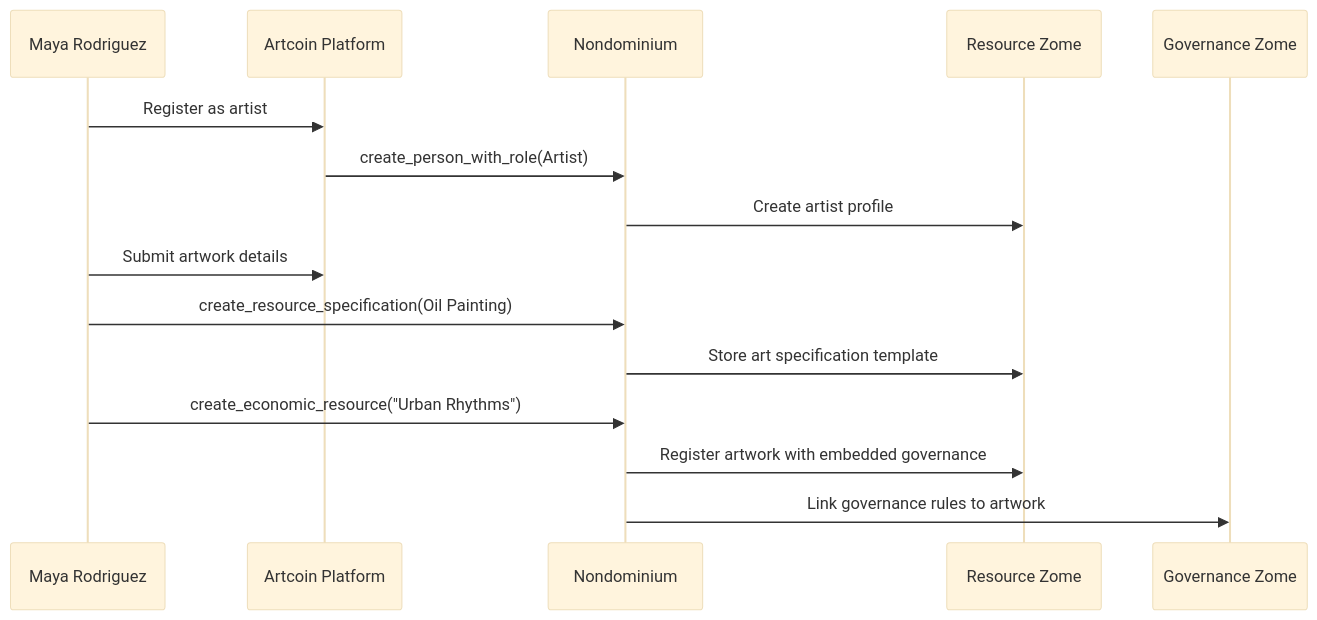
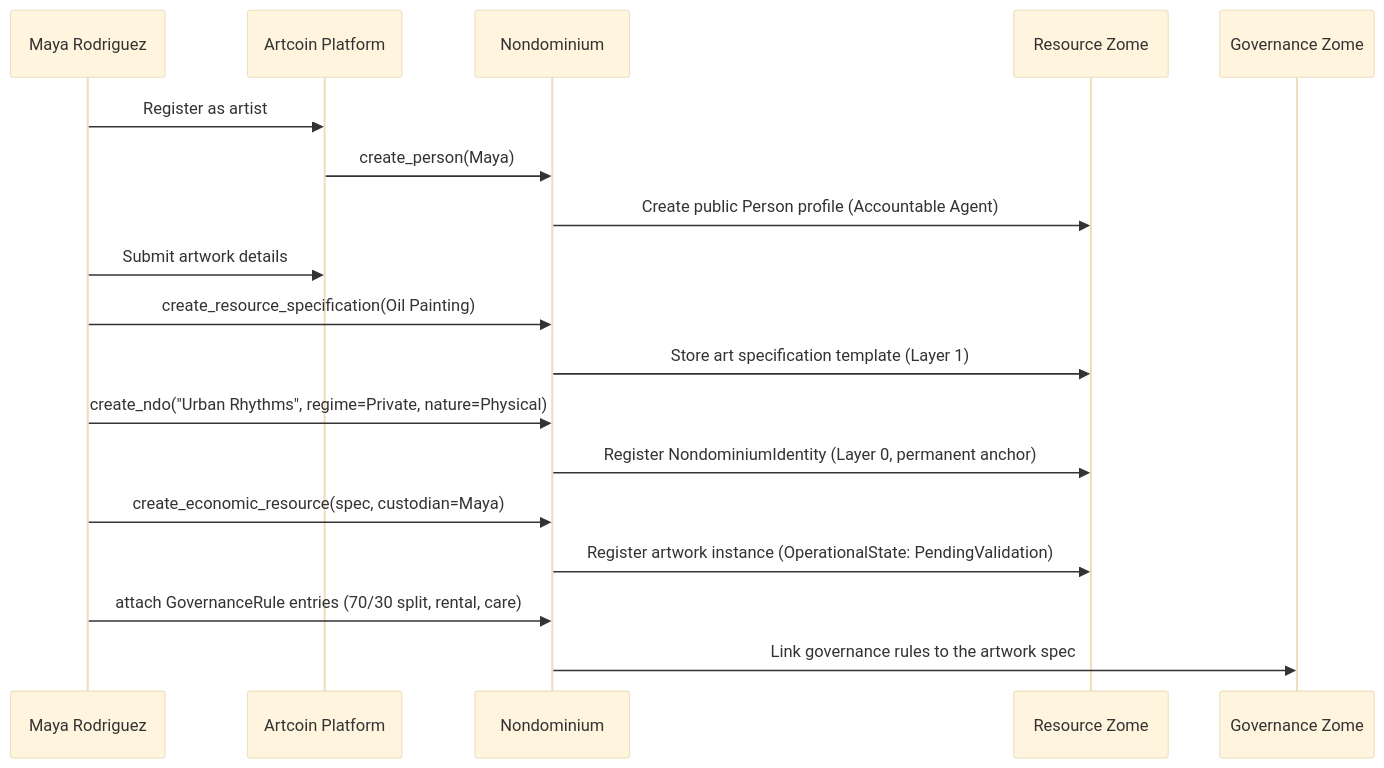
One commit to Sensorica/nondominium changed the third of 12 diagrams in documentation/Applications/user-story/user-story-artcoin.md. Above: the diagram before and after it, drawn with Mermaid (base theme). The commit also changed other lines of this file and 99 other files, not shown here.

````diff
--- a/documentation/Applications/user-story/user-story-artcoin.md
+++ b/documentation/Applications/user-story/user-story-artcoin.md
@@ -101,20 +137,23 @@
 ```mermaid
 sequenceDiagram
     participant Maya as Maya Rodriguez
     participant Artcoin as Artcoin Platform
     participant ND as Nondominium
     participant Res as Resource Zome
     participant Gov as Governance Zome
 
     Maya->>Artcoin: Register as artist
-    Artcoin->>ND: create_person_with_role(Artist)
-    ND->>Res: Create artist profile
+    Artcoin->>ND: create_person(Maya)
+    ND->>Res: Create public Person profile (Accountable Agent)
 
     Maya->>Artcoin: Submit artwork details
     Maya->>ND: create_resource_specification(Oil Painting)
-    ND->>Res: Store art specification template
+    ND->>Res: Store art specification template (Layer 1)
 
-    Maya->>ND: create_economic_resource("Urban Rhythms")
-    ND->>Res: Register artwork with embedded governance
-    ND->>Gov: Link governance rules to artwork
+    Maya->>ND: create_ndo("Urban Rhythms", regime=Private, nature=Physical)
+    ND->>Res: Register NondominiumIdentity (Layer 0, permanent anchor)
+    Maya->>ND: create_economic_resource(spec, custodian=Maya)
+    ND->>Res: Register artwork instance (OperationalState: PendingValidation)
+    Maya->>ND: attach GovernanceRule entries (70/30 split, rental, care)
+    ND->>Gov: Link governance rules to the artwork spec
 ```
````
